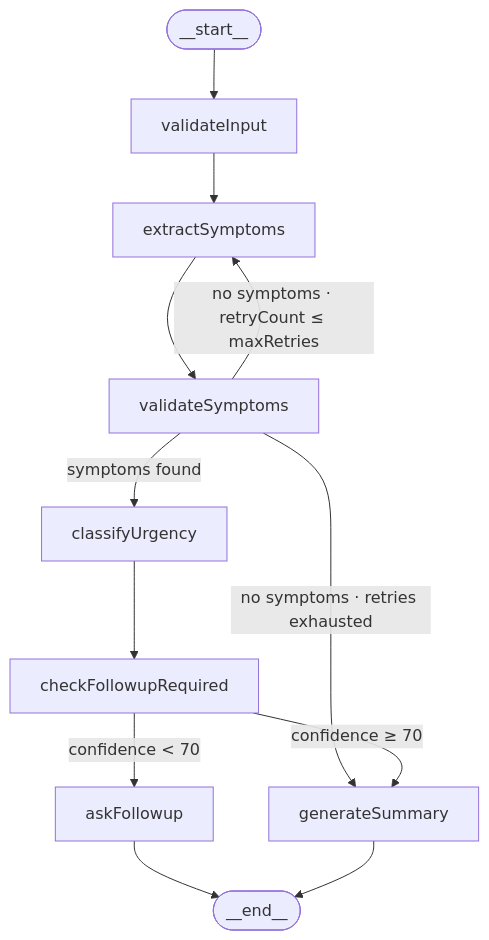
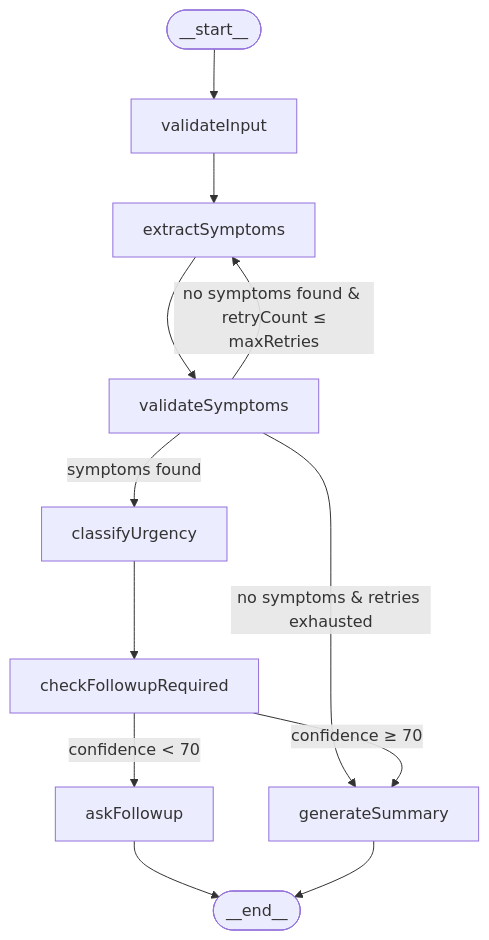
The diagram in medical-ai-assistant/README.md (PrinceT078/AI_Project), drawn with Mermaid before and after one commit. The commit also changed other lines of this file, not shown here.

````diff
--- a/medical-ai-assistant/README.md
+++ b/medical-ai-assistant/README.md
@@ -133,20 +133,20 @@
 ```mermaid
 flowchart TD
     START(["__start__"]) --> validateInput
 
     validateInput --> extractSymptoms
 
     extractSymptoms --> validateSymptoms
 
     validateSymptoms -->|"symptoms found"| classifyUrgency
-    validateSymptoms -->|"no symptoms · retryCount ≤ maxRetries"| extractSymptoms
-    validateSymptoms -->|"no symptoms · retries exhausted"| generateSummary
+    validateSymptoms -->|"no symptoms found & <br/> retryCount ≤ maxRetries"| extractSymptoms
+    validateSymptoms -->|"no symptoms & retries exhausted"| generateSummary
 
     classifyUrgency --> checkFollowupRequired
 
     checkFollowupRequired -->|"confidence ≥ 70"| generateSummary
     checkFollowupRequired -->|"confidence < 70"| askFollowup
 
     askFollowup --> END(["__end__"])
     generateSummary --> END
 ```
````
